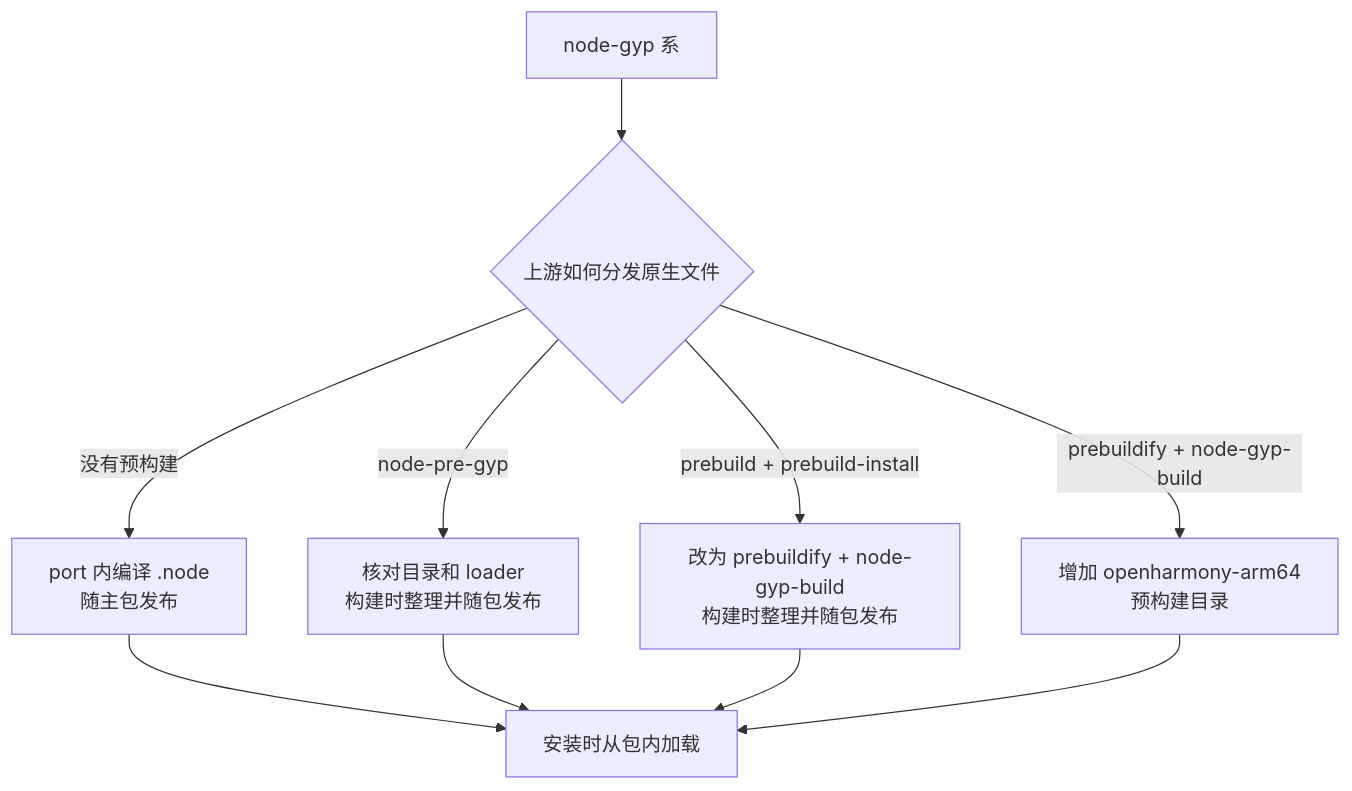
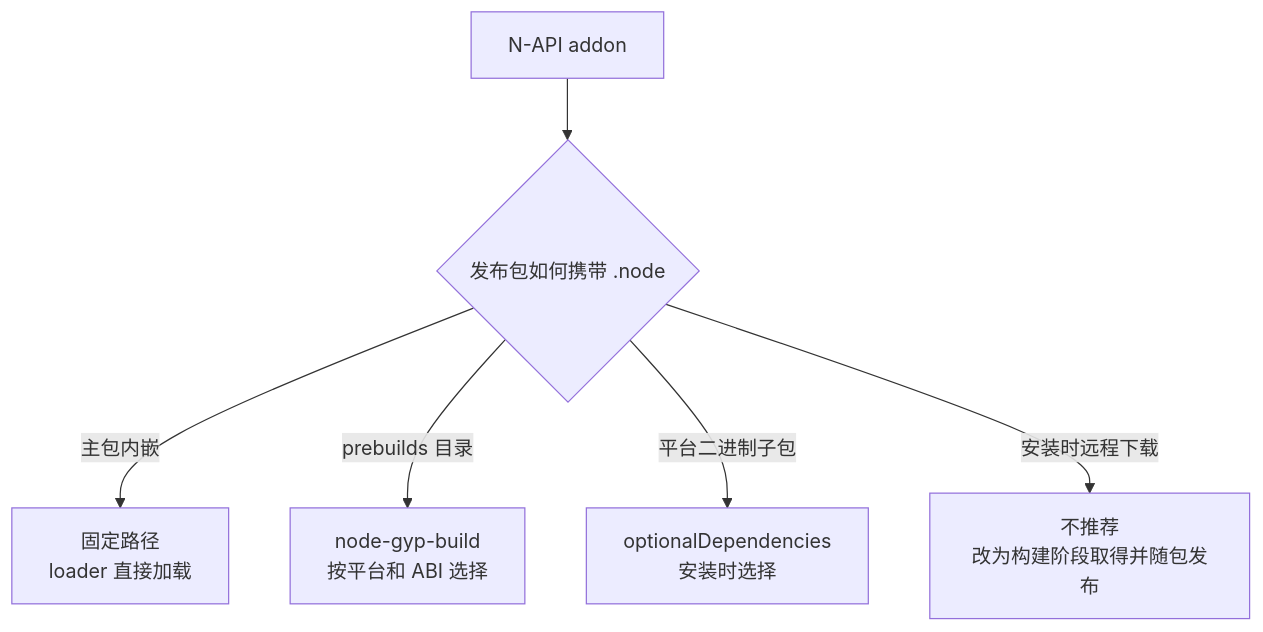
Before and after one commit to ohos-npm-ports/ohos-npm-ports: the second of 3 diagrams in docs/zh-CN/contributor/build-frameworks.md, drawn with Mermaid. The commit also changed other lines of this file, not shown here.

````diff
--- a/docs/zh-CN/contributor/build-frameworks.md
+++ b/docs/zh-CN/contributor/build-frameworks.md
@@ -17,12 +24,8 @@
 ```mermaid
 flowchart TD
-    A[node-gyp 系] --> B{上游如何分发原生文件}
-    B -->|没有预构建| C[port 内编译 .node<br/>随主包发布]
-    B -->|node-pre-gyp| D[核对目录和 loader<br/>构建时整理并随包发布]
-    B -->|prebuild + prebuild-install| E[改为 prebuildify + node-gyp-build<br/>构建时整理并随包发布]
-    B -->|prebuildify + node-gyp-build| F[增加 openharmony-arm64<br/>预构建目录]
-    C --> G[安装时从包内加载]
-    D --> G
-    E --> G
-    F --> G
+    A[N-API addon] --> B{发布包如何携带 .node}
+    B -->|主包内嵌| C[固定路径<br/>loader 直接加载]
+    B -->|prebuilds 目录| D[node-gyp-build<br/>按平台和 ABI 选择]
+    B -->|平台二进制子包| E[optionalDependencies<br/>安装时选择]
+    B -->|安装时远程下载| F[不推荐<br/>改为构建阶段取得并随包发布]
 ```
````
